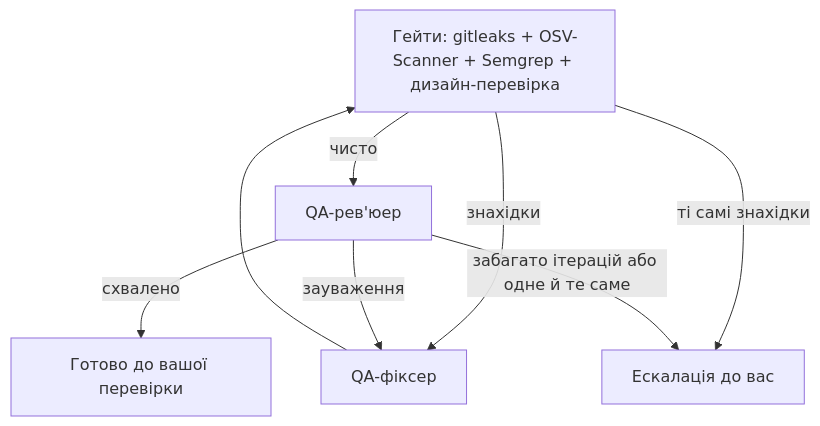
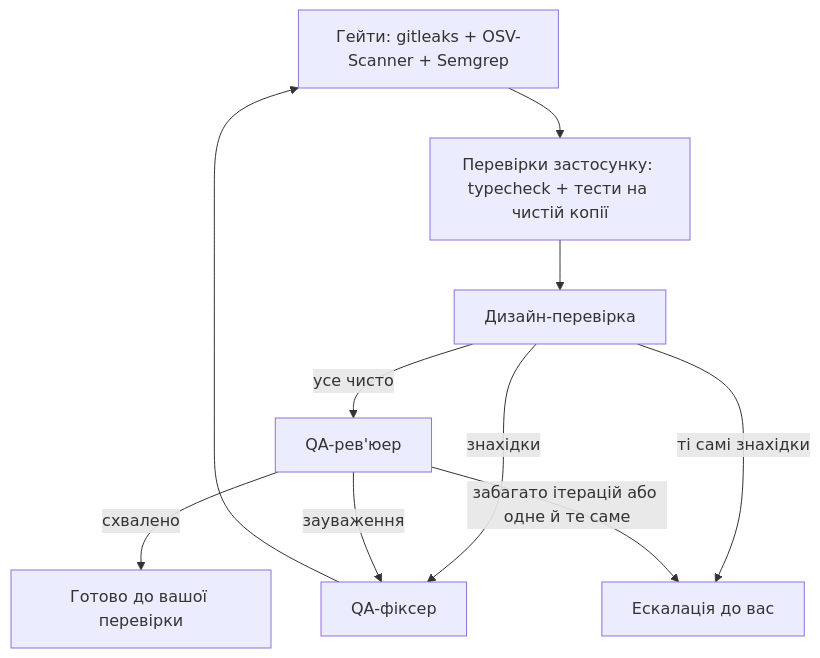
Before and after one commit to KolyaSotnichenko/vibe-teamlead: the diagram in apps/desktop/src/renderer/docs/uk/03-pipeline.md, drawn with Mermaid. The commit also changed 3 other files, not shown here.

First line of the commit message:
Docs: pipeline diagrams match the app

````diff
--- a/apps/desktop/src/renderer/docs/uk/03-pipeline.md
+++ b/apps/desktop/src/renderer/docs/uk/03-pipeline.md
@@ -30,10 +30,12 @@
 ```mermaid
 flowchart TD
-  G["Гейти: gitleaks + OSV-Scanner + Semgrep + дизайн-перевірка"] -->|"чисто"| R["QA-рев'юер"]
-  G -->|"знахідки"| F
-  G -->|"ті самі знахідки"| ESC
+  G["Гейти: gitleaks + OSV-Scanner + Semgrep"] --> V["Перевірки застосунку: typecheck + тести на чистій копії"]
+  V --> D["Дизайн-перевірка"]
+  D -->|"усе чисто"| R["QA-рев'юер"]
+  D -->|"знахідки"| F
+  D -->|"ті самі знахідки"| ESC
   R -->|"схвалено"| OK["Готово до вашої перевірки"]
   R -->|"зауваження"| F["QA-фіксер"]
   F --> G
   R -->|"забагато ітерацій або одне й те саме"| ESC["Ескалація до вас"]
 ```
````
